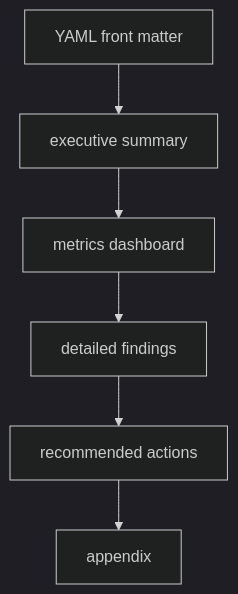
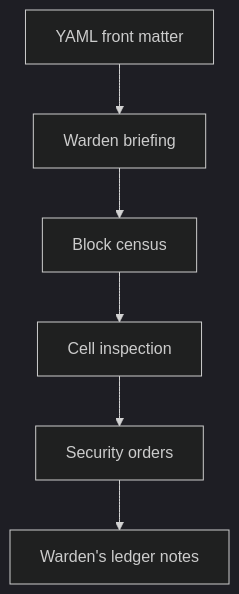
The diagram in docs/design/reports.md (chris-piekarski/drive-warden), drawn with Mermaid (dark theme) before and after one commit. The commit also changed other lines of this file and 23 other files, not shown here.

````diff
--- a/docs/design/reports.md
+++ b/docs/design/reports.md
@@ -7,8 +7,8 @@
 ```mermaid
 flowchart TD
-    FRONT[YAML front matter] --> SUMMARY[executive summary]
-    SUMMARY --> DASHBOARD[metrics dashboard]
-    DASHBOARD --> DETAILS[detailed findings]
-    DETAILS --> ACTIONS[recommended actions]
-    ACTIONS --> APPENDIX[appendix]
+    FRONT[YAML front matter] --> SUMMARY[Warden briefing]
+    SUMMARY --> DASHBOARD[Block census]
+    DASHBOARD --> DETAILS[Cell inspection]
+    DETAILS --> ACTIONS[Security orders]
+    ACTIONS --> APPENDIX[Warden's ledger notes]
 ```
````
